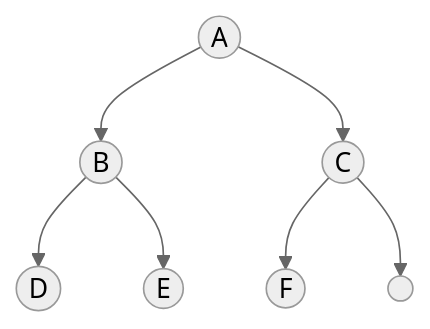
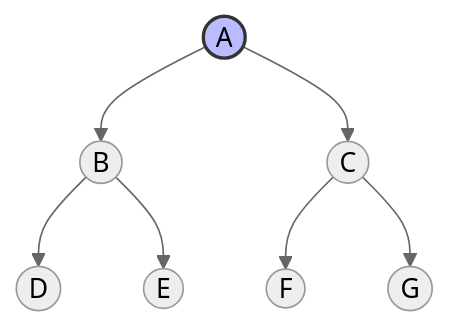
Before and after one commit to tpen098/notes: the eighth of 50 diagrams in submissions/CS 197 HZZQ - Assessment 05/CS 197 HZZQ - Assessment 05.md, drawn with Mermaid (neutral theme). The commit also changed other lines of this file and 3 other files, not shown here.

````diff
--- a/submissions/CS 197 HZZQ - Assessment 05/CS 197 HZZQ - Assessment 05.md
+++ b/submissions/CS 197 HZZQ - Assessment 05/CS 197 HZZQ - Assessment 05.md
@@ -109,11 +117,13 @@
 ```mermaid
 graph TD
-    A((A)) --> B((B))
+    A((A)) 
+    
+    A --> B((B))
     A --> C((C))
-    
     B --> D((D))
     B --> E((E))
+    C --> F((F))
+    C --> G((G))
     
-    C --> F((F))
-    C --> G(( ))
+    style A fill:#bbf,stroke:#333,stroke-width:2px
 ```
````
